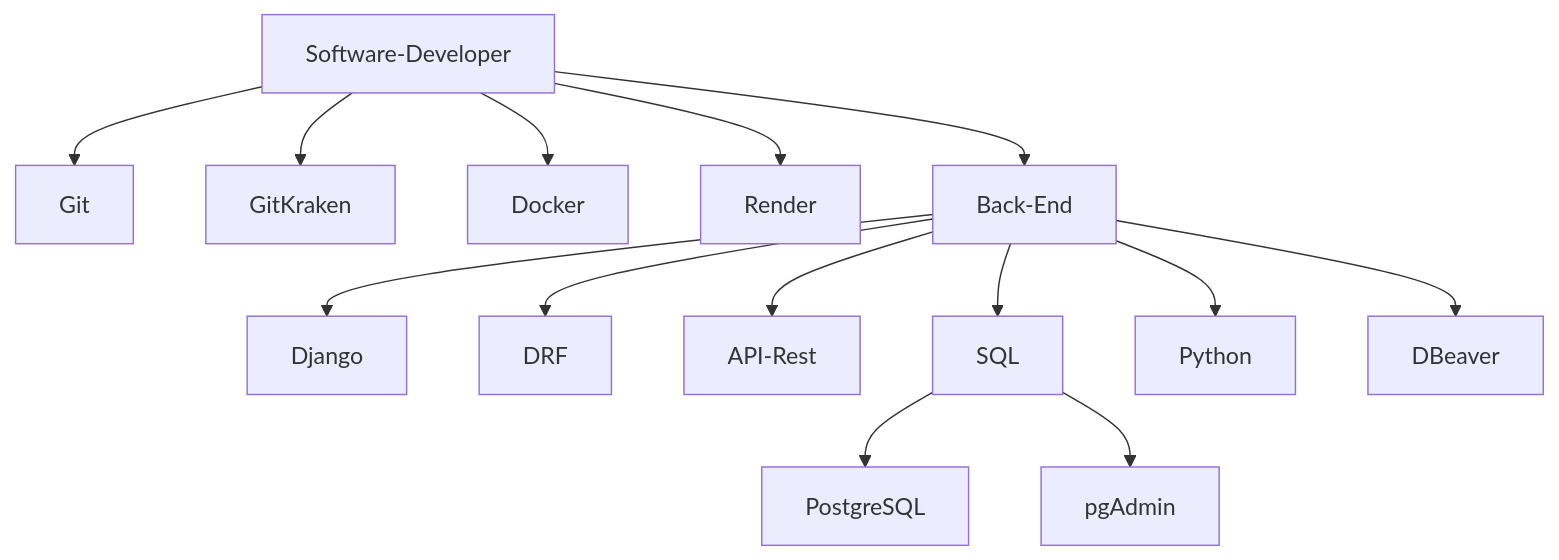
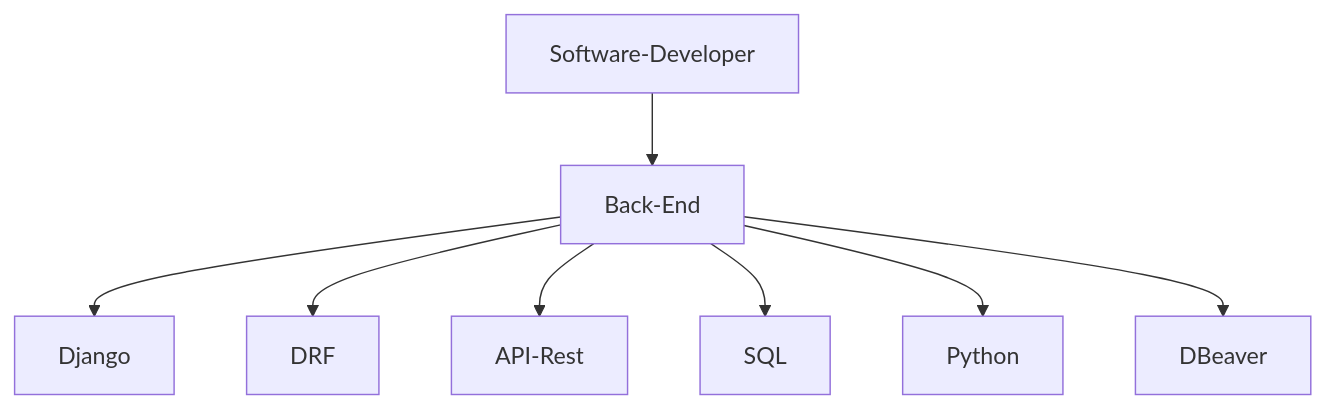
Before and after one commit to miriam-moztap/miriam-moztap: the diagram in README.md, drawn with Mermaid. The commit also changed other lines of this file, not shown here.

````diff
--- a/README.md
+++ b/README.md
@@ -58,17 +48,13 @@
    ```mermaid
 graph TD;
-    Software-Developer-->Git;
-    Software-Developer-->GitKraken;
-    Software-Developer-->Docker;
-    Software-Developer-->Render;
+    
     Software-Developer-->Back-End;
     Back-End-->Django;
     Back-End-->DRF;
     Back-End-->API-Rest;
     Back-End-->SQL;
     Back-End-->Python;
     Back-End-->DBeaver;
-    SQL-->PostgreSQL;
-    SQL-->pgAdmin;
+   
     
    ```
````
